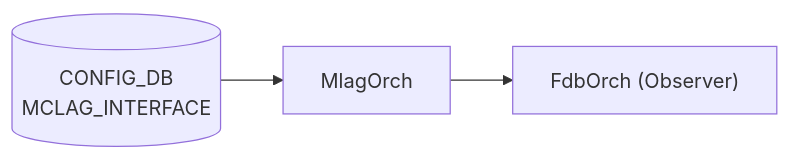
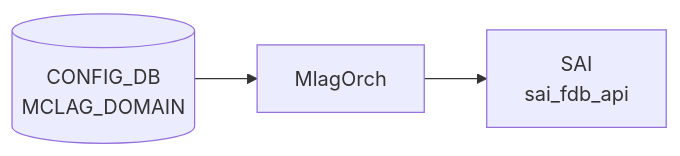
One commit to aoki-taquan/sonic-unofficial-docs changed the diagram in docs/reference/config-db/mclag-interface.md. Above: the diagram before and after it, drawn with Mermaid. The commit also changed other lines of this file and 359 other files, not shown here.

````diff
--- a/docs/reference/config-db/mclag-interface.md
+++ b/docs/reference/config-db/mclag-interface.md
@@ -55,8 +55,8 @@
 ```mermaid
 flowchart LR
-  CDB[("CONFIG_DB<br/>MCLAG_INTERFACE")]
+  CDB[("CONFIG_DB<br/>MCLAG_DOMAIN")]
   DM["MlagOrch"]
   CDB --> DM
-  OB["FdbOrch (Observer)"]
-  DM --> OB
+  SAI["SAI<br/>sai_fdb_api"]
+  DM --> SAI
 ```
````
